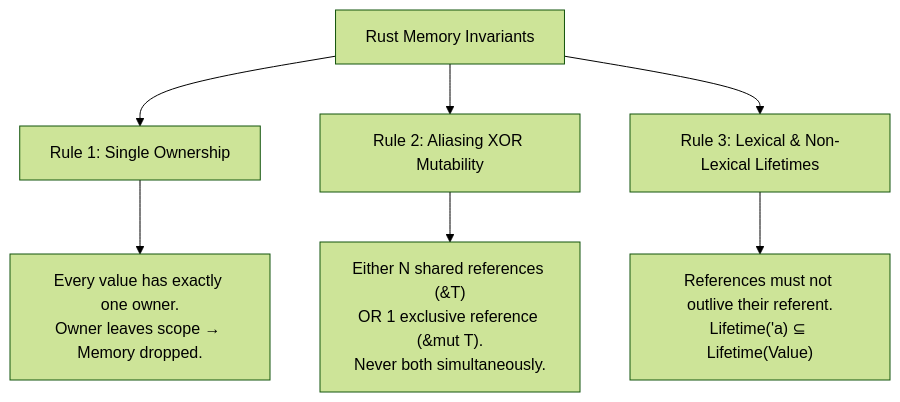
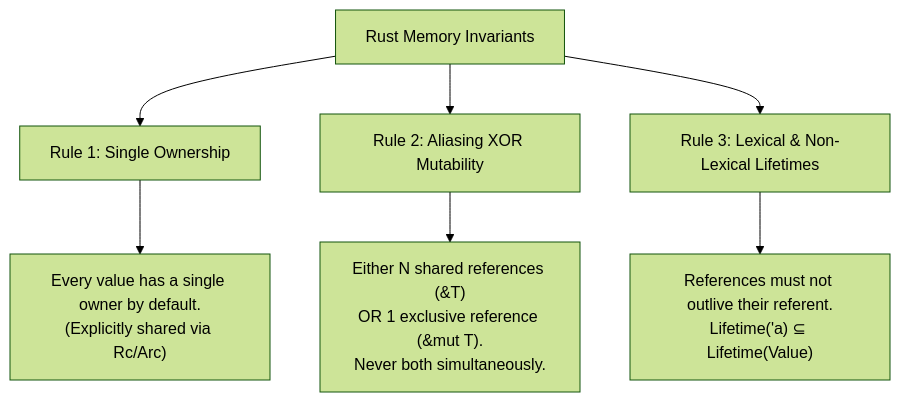
Before and after one commit to jonas1ara/jonas1ara.github.io: the third of 6 diagrams in _posts/2026-09-11-memory-safety-without-a-gc-rust-borrow-checker.md, drawn with Mermaid (forest theme). The commit also changed other lines of this file, not shown here.

````diff
--- a/_posts/2026-09-11-memory-safety-without-a-gc-rust-borrow-checker.md
+++ b/_posts/2026-09-11-memory-safety-without-a-gc-rust-borrow-checker.md
@@ -167,10 +167,10 @@
 ```mermaid
 flowchart TD
     A["Rust Memory Invariants"] --> B["Rule 1: Single Ownership"]
     A --> C["Rule 2: Aliasing XOR Mutability"]
     A --> D["Rule 3: Lexical & Non-Lexical Lifetimes"]
 
-    B --> B1["Every value has exactly one owner.<br/>Owner leaves scope → Memory dropped."]
+    B --> B1["Every value has a single owner by default.<br/>(Explicitly shared via Rc/Arc)"]
     C --> C1["Either N shared references (&T)<br/>OR 1 exclusive reference (&mut T).<br/>Never both simultaneously."]
     D --> D1["References must not outlive their referent.<br/>Lifetime('a) ⊆ Lifetime(Value)"]
 ```
````
